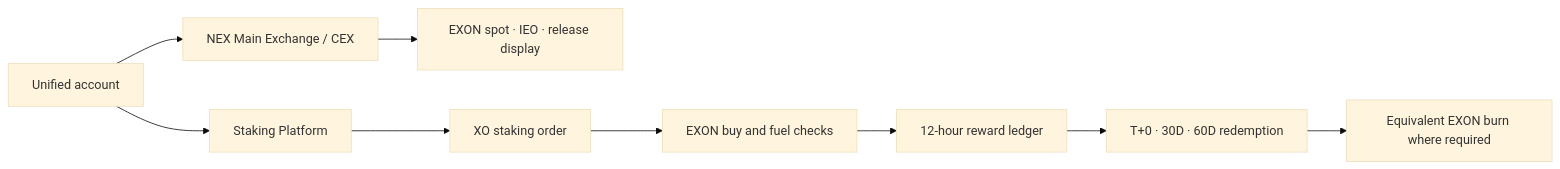
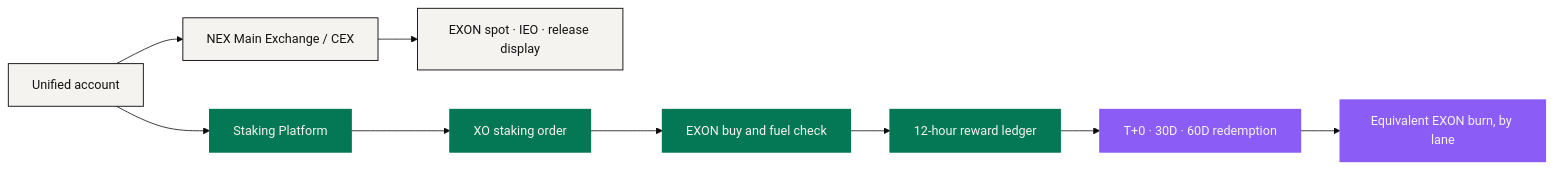
Before and after one commit to NEXONMarkets/NEXON-Whitepaper: the diagram in docs/en/03-architecture/trust-and-bonding.md, drawn with Mermaid (base theme). The commit also changed other lines of this file and 85 other files, not shown here.

````diff
--- a/docs/en/03-architecture/trust-and-bonding.md
+++ b/docs/en/03-architecture/trust-and-bonding.md
@@ -14,11 +14,17 @@
 ```mermaid
 flowchart LR
     A["Unified account"] --> E["NEX Main Exchange / CEX"]
     A --> S["Staking Platform"]
     E --> X["EXON spot · IEO · release display"]
     S --> O["XO staking order"]
-    O --> F["EXON buy and fuel checks"]
+    O --> F["EXON buy and fuel check"]
     F --> R["12-hour reward ledger"]
     R --> D["T+0 · 30D · 60D redemption"]
-    D --> B["Equivalent EXON burn where required"]
+    D --> B["Equivalent EXON burn, by lane"]
+    classDef anchor fill:#047854,stroke:#047854,stroke-width:1.5px,color:#F5F3F0
+    classDef engine fill:#8B5CF6,stroke:#8B5CF6,stroke-width:1.5px,color:#F5F3F0
+    classDef solid  fill:#F5F3F0,stroke:#141414,stroke-width:1.2px,color:#141414
+    class A,E,X solid
+    class S,O,F,R anchor
+    class D,B engine
 ```
````
